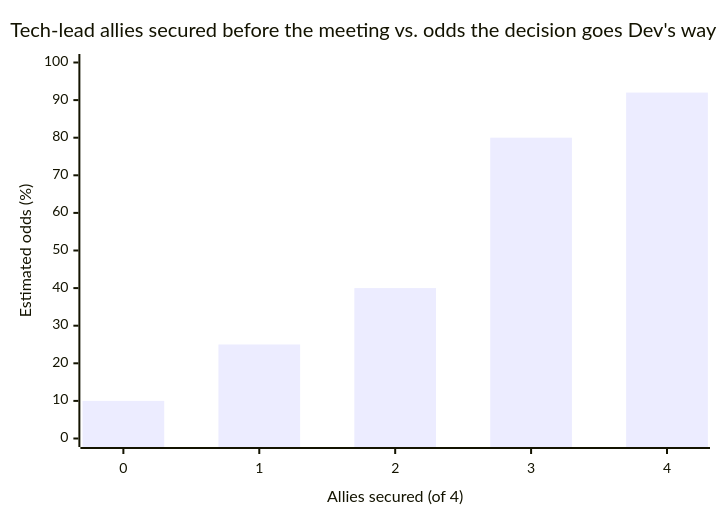
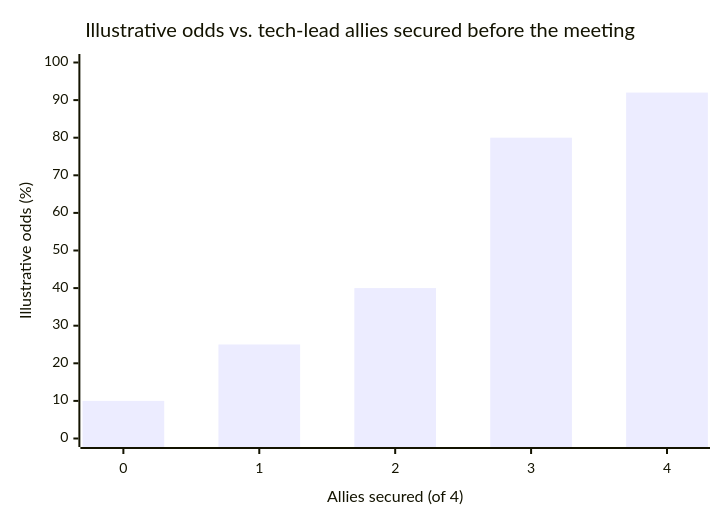
Before and after one commit to francoandreDev/knowledge: the second of 2 diagrams in src/content/business-communication/informal-authority/L2-concept.mdx, drawn with Mermaid. The commit also changed other lines of this file and 3 other files, not shown here.

````diff
--- a/src/content/business-communication/informal-authority/L2-concept.mdx
+++ b/src/content/business-communication/informal-authority/L2-concept.mdx
@@ -81,7 +109,7 @@
 ```mermaid
 xychart-beta
-    title "Tech-lead allies secured before the meeting vs. odds the decision goes Dev's way"
+    title "Illustrative odds vs. tech-lead allies secured before the meeting"
     x-axis "Allies secured (of 4)" [0, 1, 2, 3, 4]
-    y-axis "Estimated odds (%)" 0 --> 100
+    y-axis "Illustrative odds (%)" 0 --> 100
     bar [10, 25, 40, 80, 92]
 ```
````
